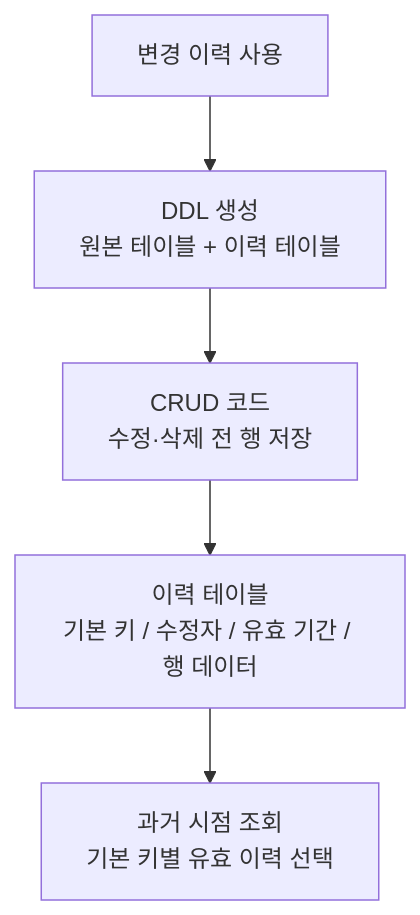
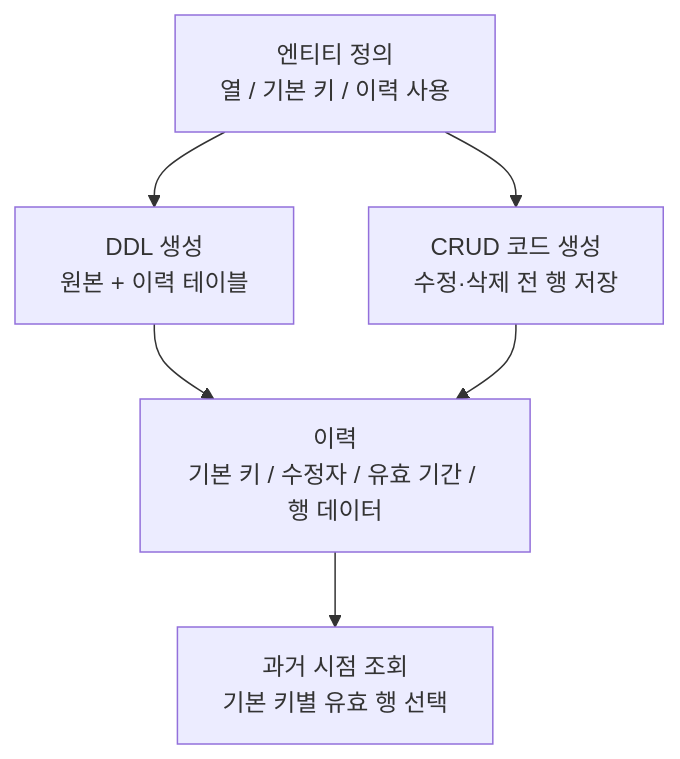
The second of 2 diagrams in docs/experience/tmaxcloud.md (zmrdltl/portfolio), drawn with Mermaid before and after one commit. The commit also changed other lines of this file and 14 other files, not shown here.

````diff
--- a/docs/experience/tmaxcloud.md
+++ b/docs/experience/tmaxcloud.md
@@ -35,13 +33,14 @@
 ```mermaid
 flowchart TD
-  entity["변경 이력 사용"]
-  ddl["DDL 생성\n원본 테이블 + 이력 테이블"]
-  crud["CRUD 코드\n수정·삭제 전 행 저장"]
-  history["이력 테이블\n기본 키 / 수정자 / 유효 기간 / 행 데이터"]
-  restore["과거 시점 조회\n기본 키별 유효 이력 선택"]
+  entity["엔티티 정의\n열 / 기본 키 / 이력 사용"]
+  ddl["DDL 생성\n원본 + 이력 테이블"]
+  crud["CRUD 코드 생성\n수정·삭제 전 행 저장"]
+  history["이력\n기본 키 / 수정자 / 유효 기간 / 행 데이터"]
+  restore["과거 시점 조회\n기본 키별 유효 행 선택"]
 
   entity --> ddl
-  ddl --> crud
+  entity --> crud
+  ddl --> history
   crud --> history
   history --> restore
 ```
````
